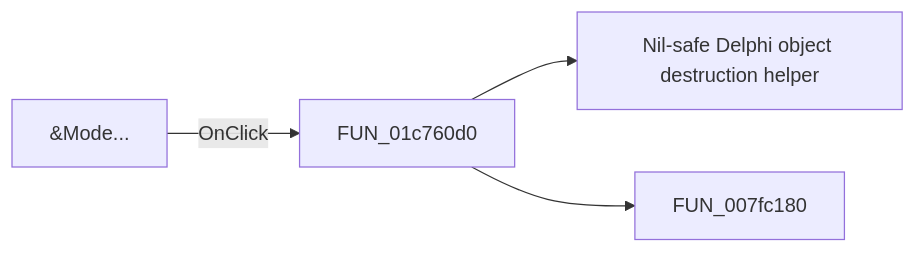
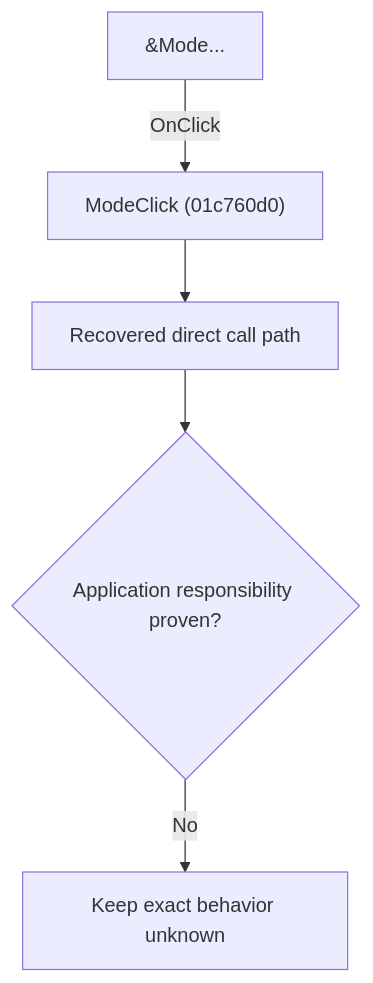
Before and after one commit to MovGP0/TIARA: the diagram in docs/ui-controls/schematiceditor/mode-09f6a783f0.md, drawn with Mermaid. The commit also changed other lines of this file and 1062 other files, not shown here.

````diff
--- a/docs/ui-controls/schematiceditor/mode-09f6a783f0.md
+++ b/docs/ui-controls/schematiceditor/mode-09f6a783f0.md
@@ -27,6 +27,7 @@
 ```mermaid
-flowchart LR
-    control["&Mode..."] -->|OnClick| handler["FUN_01c760d0"]
-    handler --> call1["Nil-safe Delphi object destruction helper"]
-    handler --> call2["FUN_007fc180"]
+flowchart TD
+    control["&Mode..."] -->|"OnClick"| handler["ModeClick (01c760d0)"]
+    handler --> recovered["Recovered direct call path"]
+    recovered --> gap{"Application responsibility proven?"}
+    gap -->|"No"| blocked["Keep exact behavior unknown"]
 ```
````
